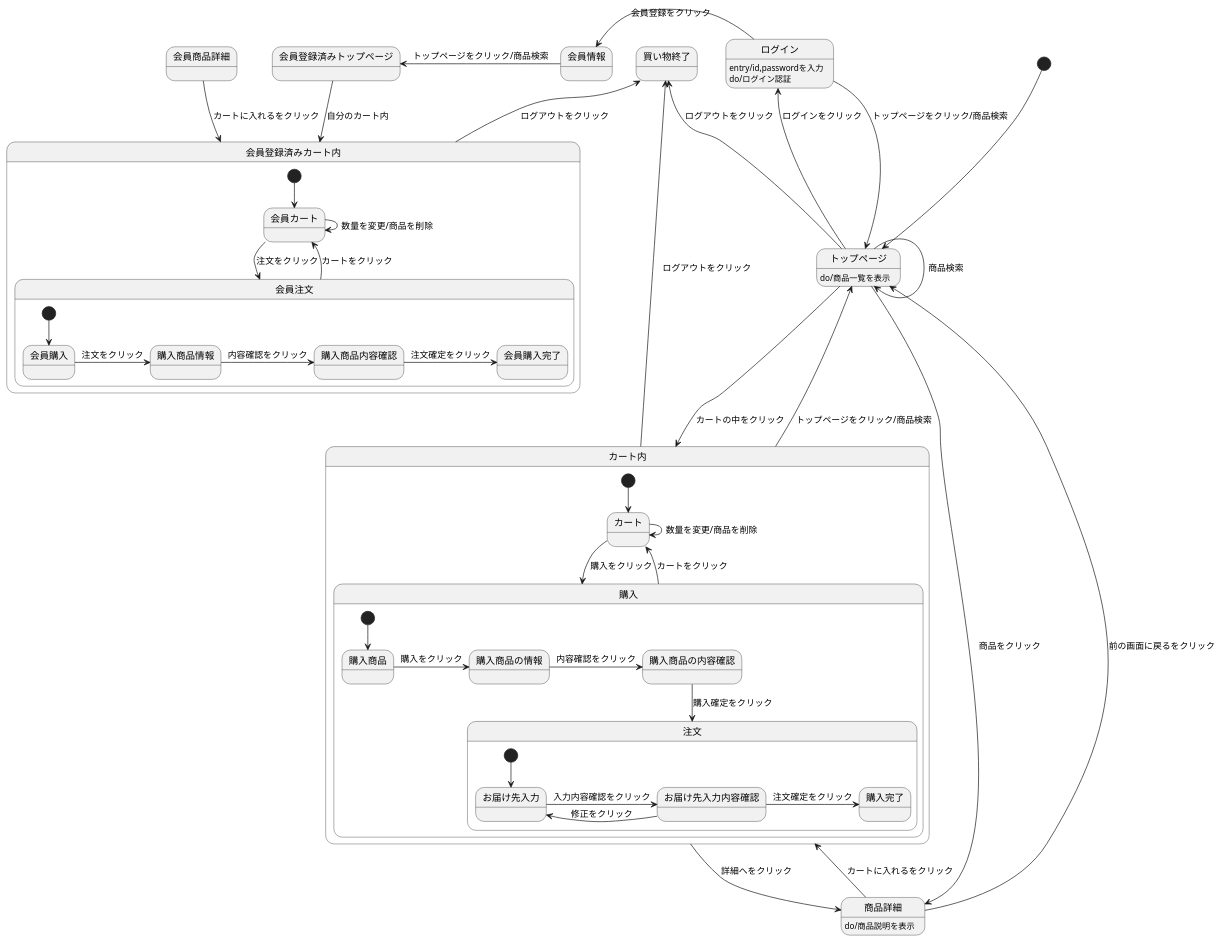
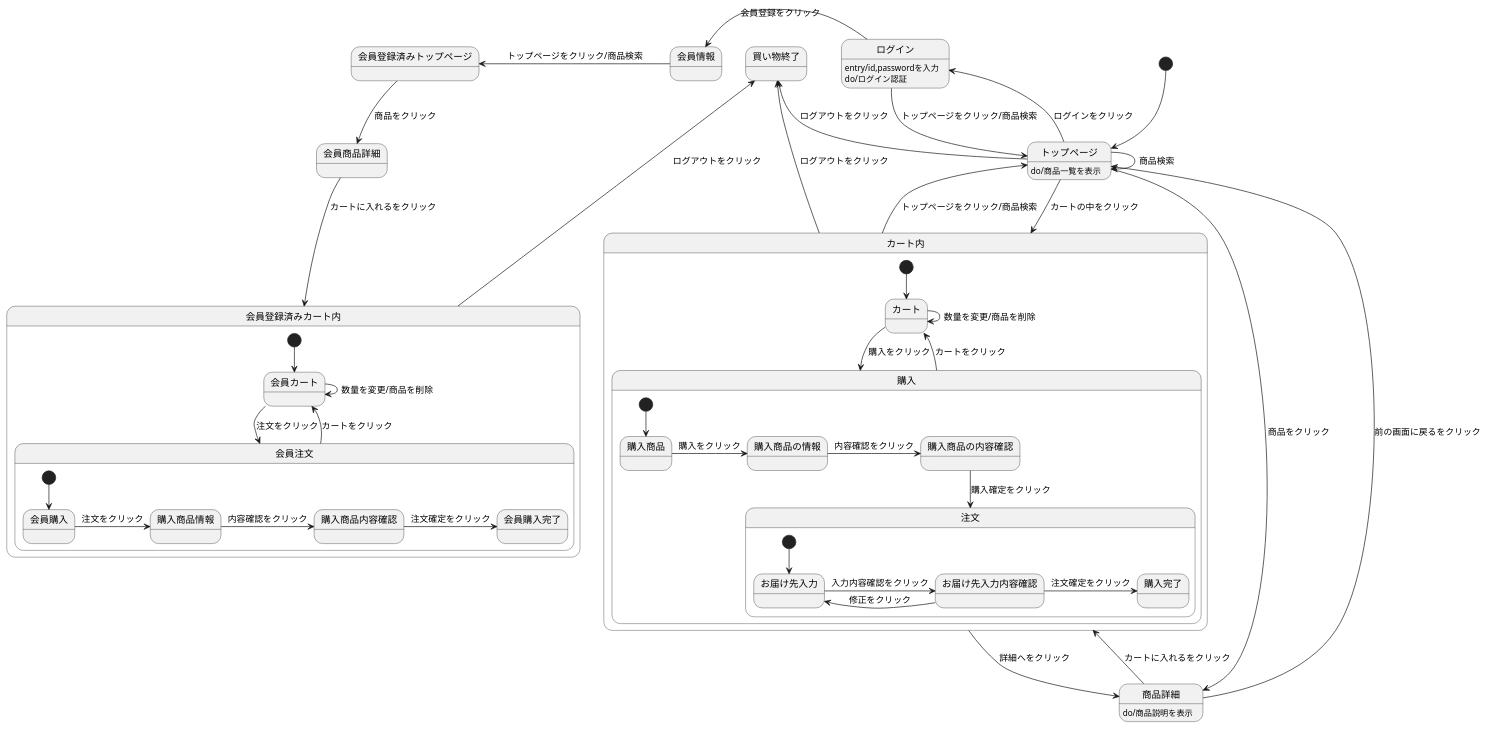
Before and after one commit to Aso2001140/2012sys-design: the diagram in create 12.md, drawn with PlantUML.

Commit message:
Create create 12.md

````diff
--- a/create 12.md
+++ b/create 12.md
@@ -1,57 +1,57 @@
 ```uml
 @startuml
 [*] --> トップページ
 会員情報 -left-> 会員登録済みトップページ : トップページをクリック/商品検索
-会員登録済みトップページ -down-> 会員登録済みカート内 : 自分のカート内
+会員登録済みトップページ -down-> 会員商品詳細 : 商品をクリック
 会員商品詳細 -down-> 会員登録済みカート内 : カートに入れるをクリック
 ログイン -down-> トップページ : トップページをクリック/商品検索
 ログイン : entry/id,passwordを入力
 ログイン : do/ログイン認証
 トップページ -up-> 買い物終了 : ログアウトをクリック
 トップページ -> トップページ : 商品検索
 トップページ -left-> 商品詳細 : 商品をクリック
 ログイン -left-> 会員情報 : 会員登録をクリック
 トップページ -left-> ログイン : ログインをクリック
 トップページ -down-> カート内 : カートの中をクリック
 トップページ : do/商品一覧を表示
 商品詳細 -down-> カート内 : カートに入れるをクリック
 商品詳細 --> トップページ : 前の画面に戻るをクリック
 商品詳細 : do/商品説明を表示
 カート内 -up-> トップページ : トップページをクリック/商品検索
 カート内 -up-> 買い物終了 : ログアウトをクリック
 会員登録済みカート内 -up-> 買い物終了 : ログアウトをクリック
 カート内 -> 商品詳細 : 詳細へをクリック
 
 
 state カート内{
 [*] --> カート
 カート -down-> 購入 : 購入をクリック
 カート -> カート : 数量を変更/商品を削除
 購入 --> カート : カートをクリック
 state 購入{
 [*] --> 購入商品
 購入商品 -> 購入商品の情報 : 購入をクリック
 購入商品の情報 -> 購入商品の内容確認 : 内容確認をクリック
 購入商品の内容確認 -down-> 注文 : 購入確定をクリック
 state 注文{
 [*] --> お届け先入力
 お届け先入力 -> お届け先入力内容確認 : 入力内容確認をクリック
 お届け先入力内容確認 -> お届け先入力 : 修正をクリック
 お届け先入力内容確認 -> 購入完了 : 注文確定をクリック
 }
 }
 }
 state 会員登録済みカート内{
 [*] --> 会員カート
 会員カート -> 会員注文 : 注文をクリック
 会員カート -> 会員カート : 数量を変更/商品を削除
 会員注文 --> 会員カート : カートをクリック
 state 会員注文{
 [*] --> 会員購入
 会員購入 -> 購入商品情報 : 注文をクリック
 購入商品情報 -> 購入商品内容確認 : 内容確認をクリック
 購入商品内容確認 -> 会員購入完了 : 注文確定をクリック
 }
 }
 @enduml
 ```
````
